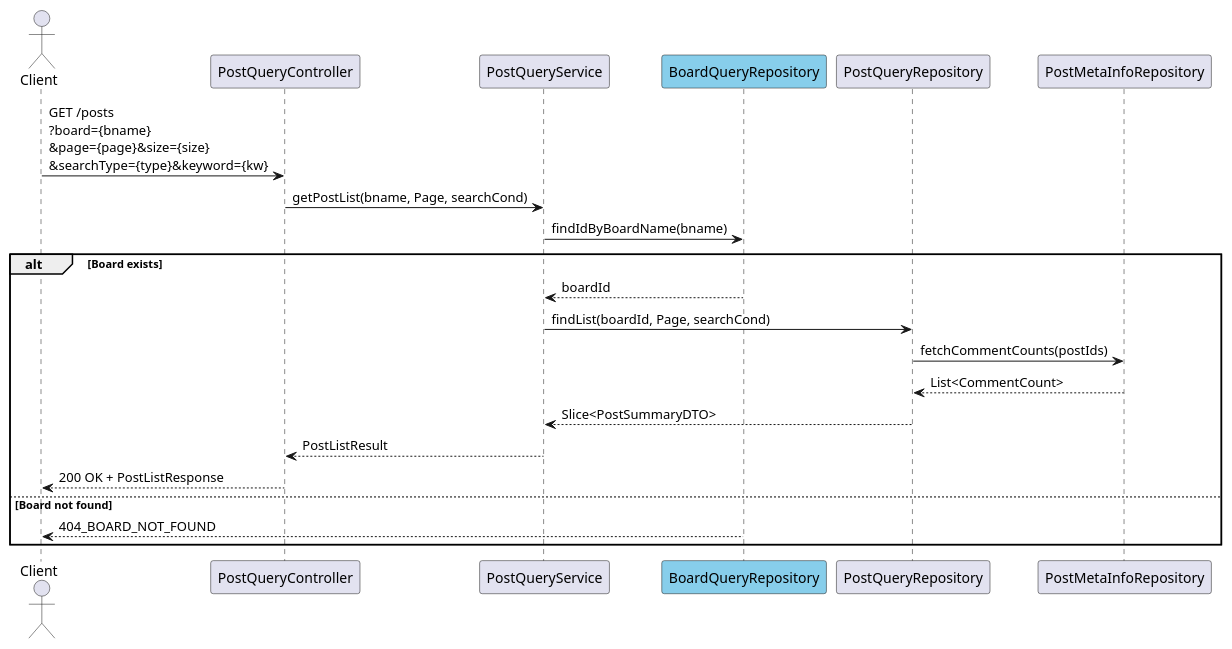
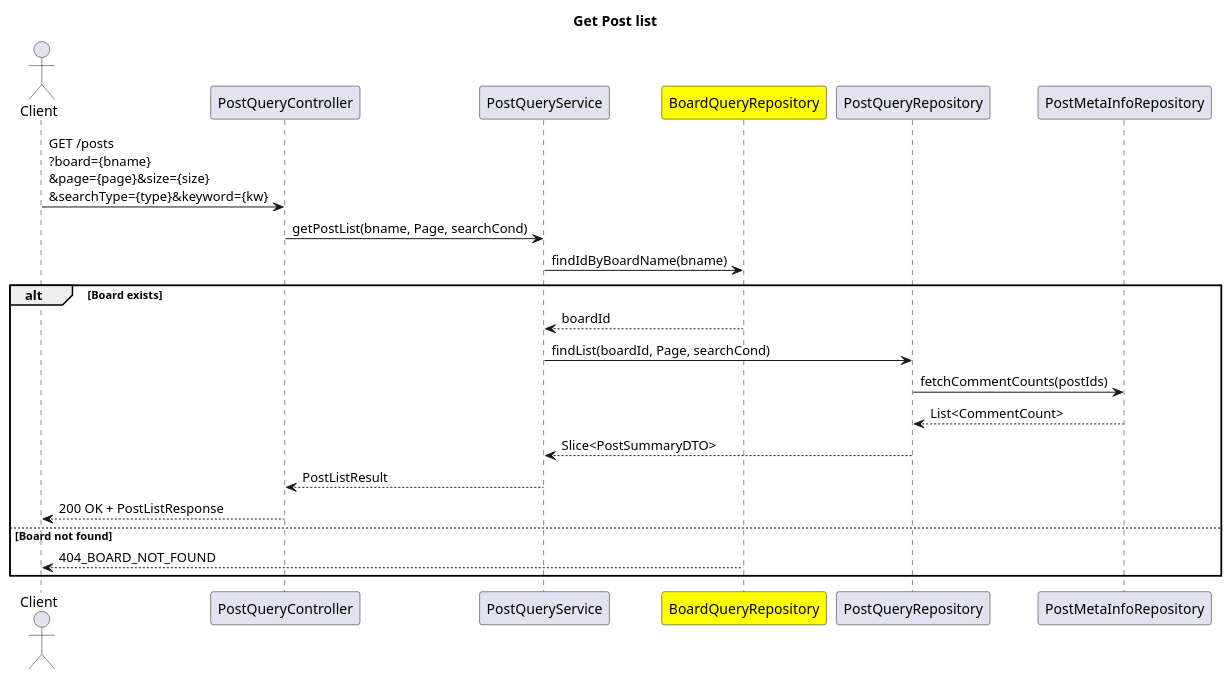
The diagram in document/puml/event/externalAPI/boardContext/postAggregate/getPostList.puml (SimpleBoardTeam/simpleBoard-server), drawn with PlantUML before and after one commit. The commit also changed 4 other files, not shown here.

Commit message:
fix(diagram): 이벤트 다이어그램 내부에서 Event handling 시퀸스 제거

```diff
--- a/document/puml/event/externalAPI/boardContext/postAggregate/getPostList.puml
+++ b/document/puml/event/externalAPI/boardContext/postAggregate/getPostList.puml
@@ -1,29 +1,31 @@
 @startuml getPostListSeq
 actor Client
 participant PostQueryController
 participant PostQueryService
-participant BoardQueryRepository #skyblue
+participant BoardQueryRepository #yellow
 participant PostQueryRepository
 participant PostMetaInfoRepository
+
+title Get Post list
 
 Client -> PostQueryController : GET /posts\n?board={bname}\n&page={page}&size={size}\n&searchType={type}&keyword={kw}
 
 PostQueryController -> PostQueryService : getPostList(bname, Page, searchCond)
 
 PostQueryService -> BoardQueryRepository : findIdByBoardName(bname)
 alt Board exists
 BoardQueryRepository --> PostQueryService : boardId
 
 PostQueryService -> PostQueryRepository : findList(boardId, Page, searchCond)
 PostQueryRepository -> PostMetaInfoRepository : fetchCommentCounts(postIds)
 PostMetaInfoRepository --> PostQueryRepository : List<CommentCount>
 PostQueryRepository --> PostQueryService : Slice<PostSummaryDTO>
 
 
 PostQueryService --> PostQueryController : PostListResult
 PostQueryController --> Client : 200 OK + PostListResponse
 else Board not found
   BoardQueryRepository --> Client : 404_BOARD_NOT_FOUND
-'  stop
 end
+
 @enduml
```
